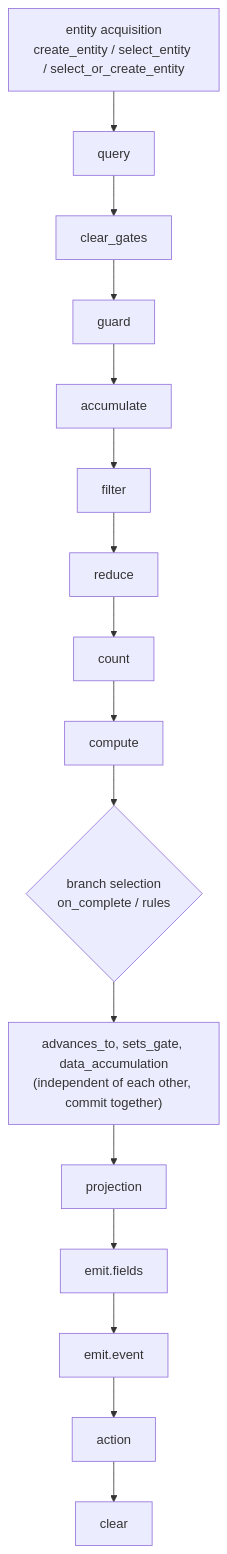
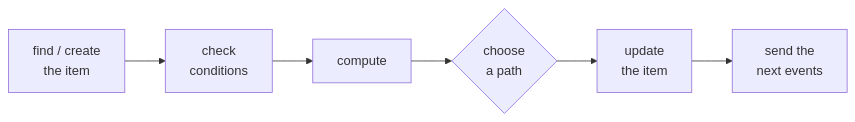
One commit to division-sh/docs changed the diagram in concepts/system-nodes-and-handlers.mdx. Above: the diagram before and after it, drawn with Mermaid. The commit also changed other lines of this file, not shown here.

````diff
--- a/concepts/system-nodes-and-handlers.mdx
+++ b/concepts/system-nodes-and-handlers.mdx
@@ -40,9 +62,5 @@
 ```mermaid
-flowchart TD
-    AQ["entity acquisition<br/>create_entity / select_entity / select_or_create_entity"] --> Q[query]
-    Q --> CG[clear_gates] --> G[guard]
-    G --> AC[accumulate] --> FI[filter] --> RE[reduce] --> CN[count] --> CM[compute]
-    CM --> BR{"branch selection<br/>on_complete / rules"}
-    BR --> AP["advances_to, sets_gate, data_accumulation<br/>(independent of each other, commit together)"]
-    AP --> PR[projection] --> EF["emit.fields"] --> EE["emit.event"] --> ACT[action] --> CL[clear]
+flowchart LR
+    A["find / create<br/>the item"] --> B["check<br/>conditions"] --> C[compute]
+    C --> D{"choose<br/>a path"} --> E["update<br/>the item"] --> F["send the<br/>next events"]
 ```
````
